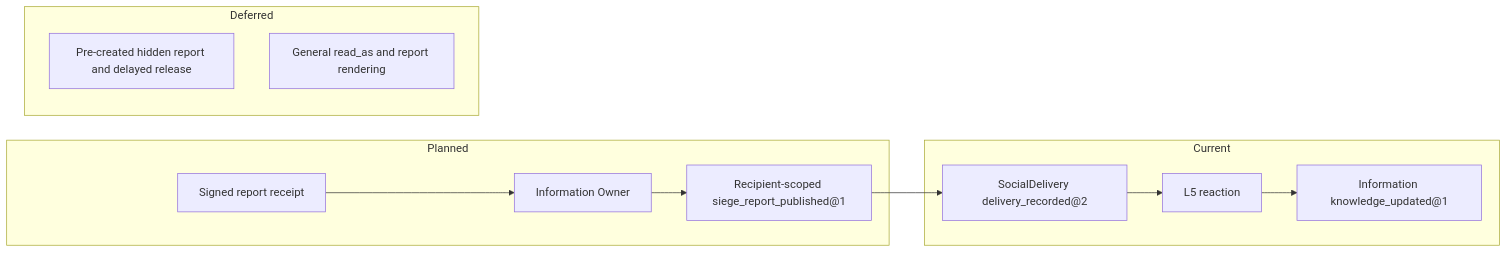
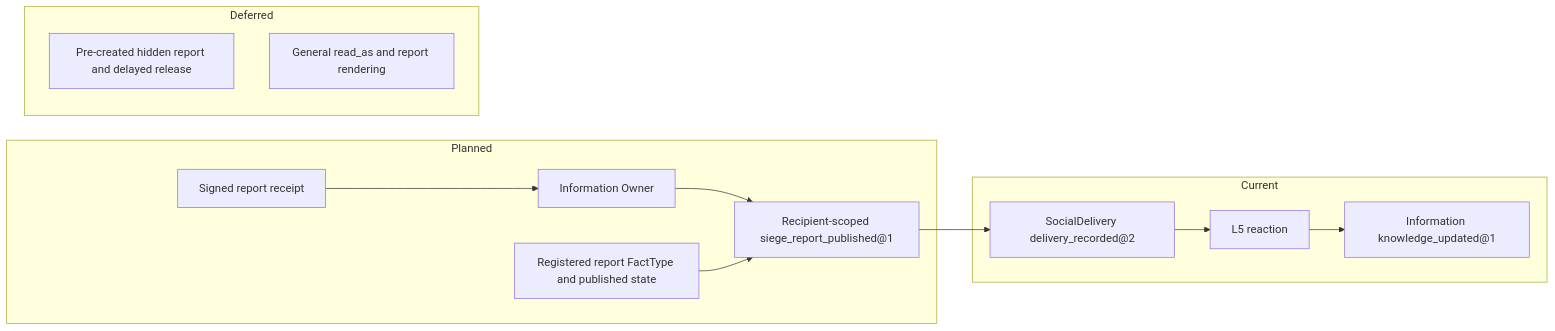
Before and after one commit to Dancing-coin/Paralls-phase0-1: the first of 3 diagrams in docs/superpowers/specs/2026-11-24-m6-5-information-report-source-design.md, drawn with Mermaid. The commit also changed other lines of this file, not shown here.

Commit message:
docs(m6-5): add report FactType to source design

````diff
--- a/docs/superpowers/specs/2026-11-24-m6-5-information-report-source-design.md
+++ b/docs/superpowers/specs/2026-11-24-m6-5-information-report-source-design.md
@@ -47,16 +48,17 @@
 ```mermaid
 flowchart LR
   subgraph Current[Current]
     D[SocialDelivery delivery_recorded@2] --> L[L5 reaction]
     L --> K[Information knowledge_updated@1]
   end
   subgraph Planned[Planned]
     T[Signed report receipt] --> I[Information Owner]
     I --> R[Recipient-scoped siege_report_published@1]
     R --> D
+    F[Registered report FactType and published state] --> R
   end
   subgraph Deferred[Deferred]
     Q[Pre-created hidden report and delayed release]
     V[General read_as and report rendering]
   end
 ```
````
